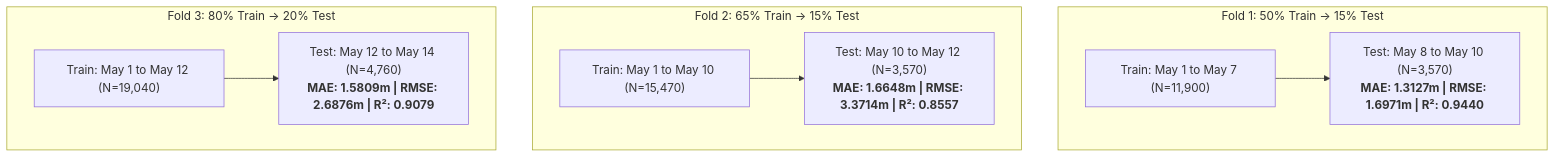
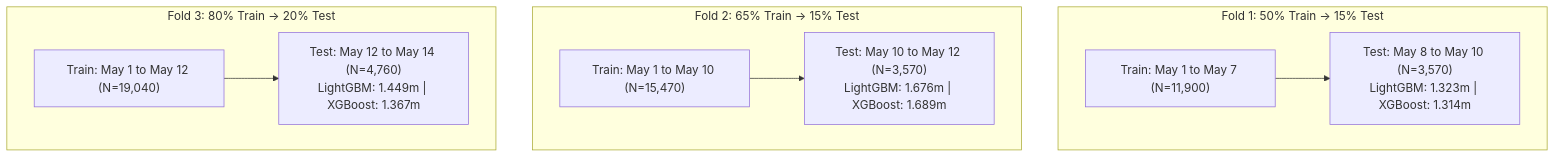
One commit to thrilokmanjunath/TransitPulse-AI changed the second of 2 diagrams in reports/ABLATION_RESULTS.md. Above: the diagram before and after it, drawn with Mermaid. The commit also changed other lines of this file and 5 other files, not shown here.

````diff
--- a/reports/ABLATION_RESULTS.md
+++ b/reports/ABLATION_RESULTS.md
@@ -75,12 +83,12 @@
 ```mermaid
 flowchart TD
     subgraph Fold1 ["Fold 1: 50% Train -> 15% Test"]
-        T1["Train: May 1 to May 7 (N=11,900)"] --> Eval1["Test: May 8 to May 10 (N=3,570)<br/><b>MAE: 1.3127m | RMSE: 1.6971m | R²: 0.9440</b>"]
+        T1["Train: May 1 to May 7 (N=11,900)"] --> Eval1["Test: May 8 to May 10 (N=3,570)<br/>LightGBM: 1.323m | XGBoost: 1.314m"]
     end
     subgraph Fold2 ["Fold 2: 65% Train -> 15% Test"]
-        T2["Train: May 1 to May 10 (N=15,470)"] --> Eval2["Test: May 10 to May 12 (N=3,570)<br/><b>MAE: 1.6648m | RMSE: 3.3714m | R²: 0.8557</b>"]
+        T2["Train: May 1 to May 10 (N=15,470)"] --> Eval2["Test: May 10 to May 12 (N=3,570)<br/>LightGBM: 1.676m | XGBoost: 1.689m"]
     end
     subgraph Fold3 ["Fold 3: 80% Train -> 20% Test"]
-        T3["Train: May 1 to May 12 (N=19,040)"] --> Eval3["Test: May 12 to May 14 (N=4,760)<br/><b>MAE: 1.5809m | RMSE: 2.6876m | R²: 0.9079</b>"]
+        T3["Train: May 1 to May 12 (N=19,040)"] --> Eval3["Test: May 12 to May 14 (N=4,760)<br/>LightGBM: 1.449m | XGBoost: 1.367m"]
     end
 ```
````
